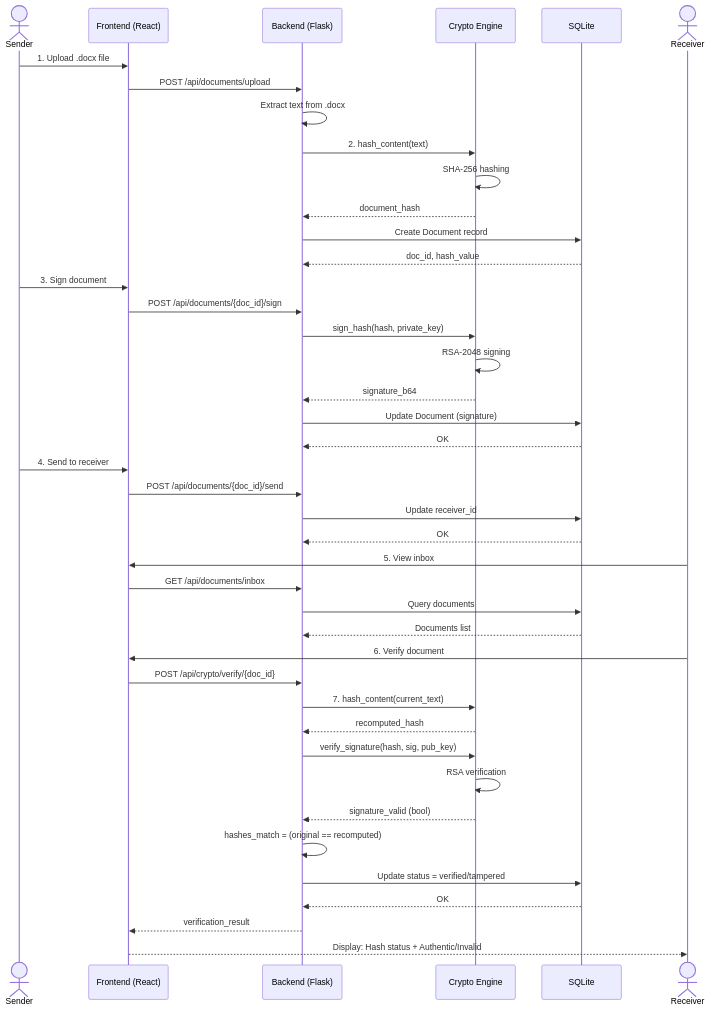
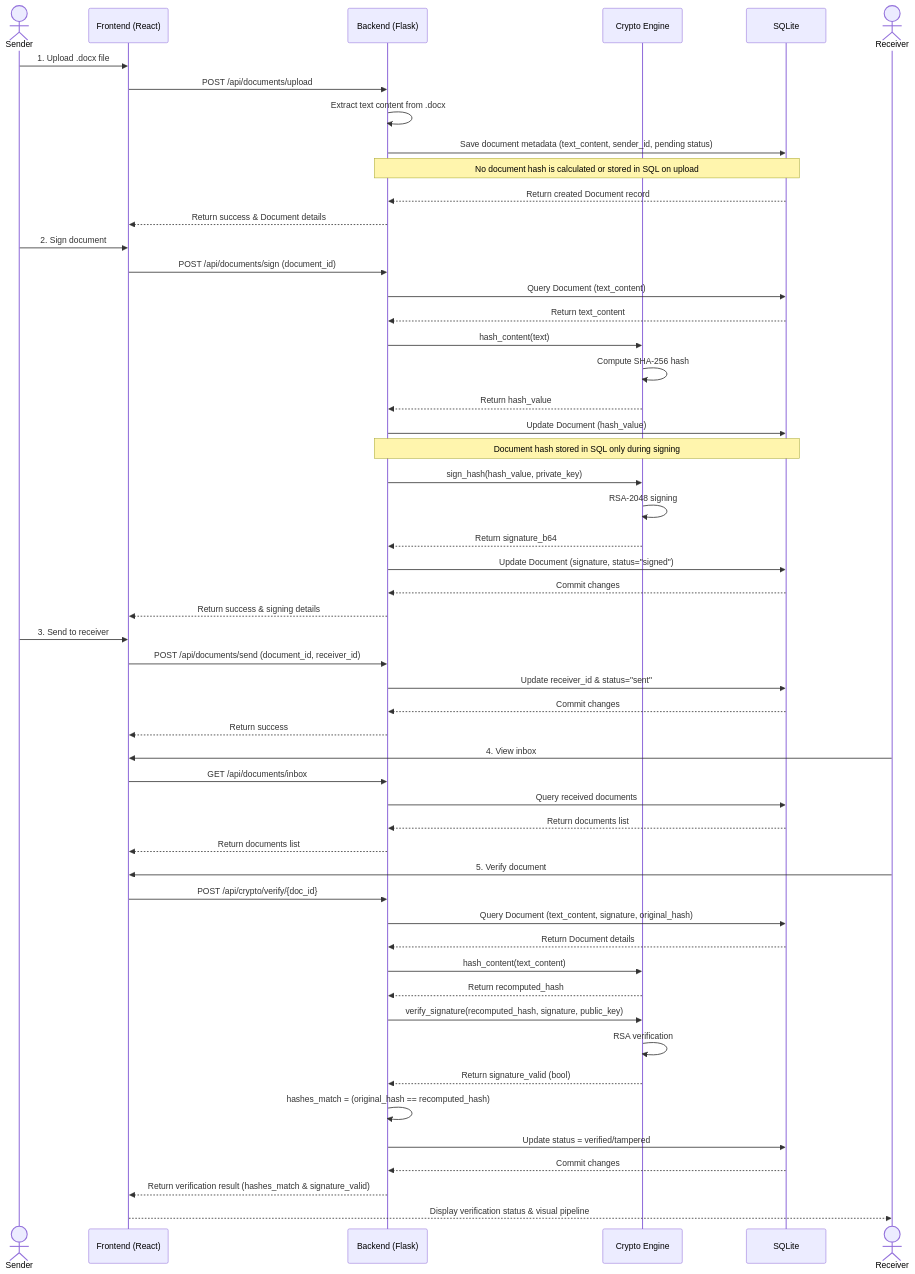
Before and after one commit to Abubakkar-Khan/DocDrop: the first of 2 diagrams in README.md, drawn with Mermaid. The commit also changed other lines of this file, not shown here.

Commit message:
docs: update sequence and class diagrams in README.md to match implementation

````diff
--- a/README.md
+++ b/README.md
@@ -81,49 +81,60 @@
 ```mermaid
 sequenceDiagram
     actor Sender
     participant Frontend as Frontend (React)
     participant Backend as Backend (Flask)
     participant Crypto as Crypto Engine
     participant DB as SQLite
 
     Sender->>Frontend: 1. Upload .docx file
     Frontend->>Backend: POST /api/documents/upload
-    Backend->>Backend: Extract text from .docx
-    Backend->>Crypto: 2. hash_content(text)
-    Crypto->>Crypto: SHA-256 hashing
-    Crypto-->>Backend: document_hash
-    Backend->>DB: Create Document record
-    DB-->>Backend: doc_id, hash_value
+    Backend->>Backend: Extract text content from .docx
+    Backend->>DB: Save document metadata (text_content, sender_id, pending status)
+    Note over Backend,DB: No document hash is calculated or stored in SQL on upload
+    DB-->>Backend: Return created Document record
+    Backend-->>Frontend: Return success & Document details
 
-    Sender->>Frontend: 3. Sign document
-    Frontend->>Backend: POST /api/documents/{doc_id}/sign
-    Backend->>Crypto: sign_hash(hash, private_key)
+    Sender->>Frontend: 2. Sign document
+    Frontend->>Backend: POST /api/documents/sign (document_id)
+    Backend->>DB: Query Document (text_content)
+    DB-->>Backend: Return text_content
+    Backend->>Crypto: hash_content(text)
+    Crypto->>Crypto: Compute SHA-256 hash
+    Crypto-->>Backend: Return hash_value
+    Backend->>DB: Update Document (hash_value)
+    Note over Backend,DB: Document hash stored in SQL only during signing
+    Backend->>Crypto: sign_hash(hash_value, private_key)
     Crypto->>Crypto: RSA-2048 signing
-    Crypto-->>Backend: signature_b64
-    Backend->>DB: Update Document (signature)
-    DB-->>Backend: OK
+    Crypto-->>Backend: Return signature_b64
+    Backend->>DB: Update Document (signature, status="signed")
+    DB-->>Backend: Commit changes
+    Backend-->>Frontend: Return success & signing details
 
-    Sender->>Frontend: 4. Send to receiver
-    Frontend->>Backend: POST /api/documents/{doc_id}/send
-    Backend->>DB: Update receiver_id
-    DB-->>Backend: OK
+    Sender->>Frontend: 3. Send to receiver
+    Frontend->>Backend: POST /api/documents/send (document_id, receiver_id)
+    Backend->>DB: Update receiver_id & status="sent"
+    DB-->>Backend: Commit changes
+    Backend-->>Frontend: Return success
 
     actor Receiver
-    Receiver->>Frontend: 5. View inbox
+    Receiver->>Frontend: 4. View inbox
     Frontend->>Backend: GET /api/documents/inbox
-    Backend->>DB: Query documents
-    DB-->>Backend: Documents list
+    Backend->>DB: Query received documents
+    DB-->>Backend: Return documents list
+    Backend-->>Frontend: Return documents list
 
-    Receiver->>Frontend: 6. Verify document
+    Receiver->>Frontend: 5. Verify document
     Frontend->>Backend: POST /api/crypto/verify/{doc_id}
-    Backend->>Crypto: 7. hash_content(current_text)
-    Crypto-->>Backend: recomputed_hash
-    Backend->>Crypto: verify_signature(hash, sig, pub_key)
+    Backend->>DB: Query Document (text_content, signature, original_hash)
+    DB-->>Backend: Return Document details
+    Backend->>Crypto: hash_content(text_content)
+    Crypto-->>Backend: Return recomputed_hash
+    Backend->>Crypto: verify_signature(recomputed_hash, signature, public_key)
     Crypto->>Crypto: RSA verification
-    Crypto-->>Backend: signature_valid (bool)
-    Backend->>Backend: hashes_match = (original == recomputed)
+    Crypto-->>Backend: Return signature_valid (bool)
+    Backend->>Backend: hashes_match = (original_hash == recomputed_hash)
     Backend->>DB: Update status = verified/tampered
-    DB-->>Backend: OK
-    Backend-->>Frontend: verification_result
-    Frontend-->>Receiver: Display: Hash status + Authentic/Invalid
+    DB-->>Backend: Commit changes
+    Backend-->>Frontend: Return verification result (hashes_match & signature_valid)
+    Frontend-->>Receiver: Display verification status & visual pipeline
 ```
````
